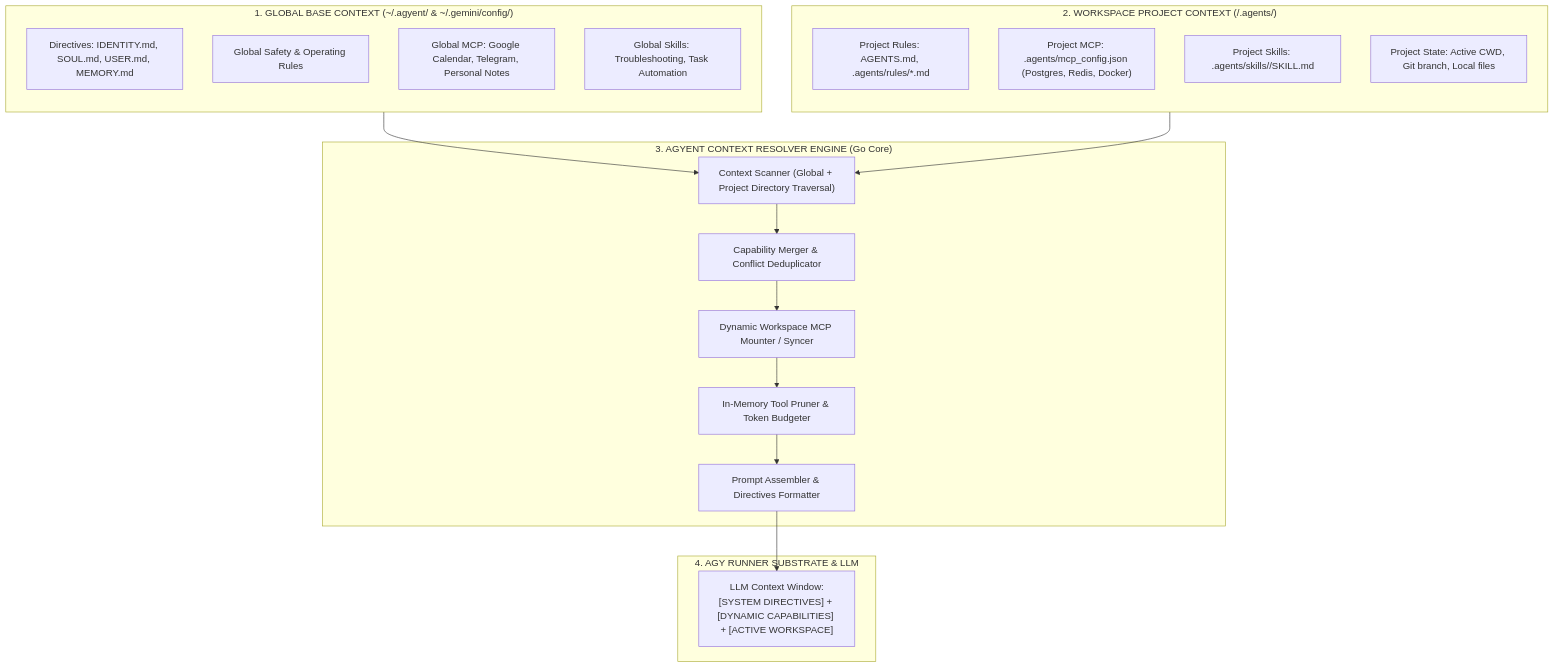
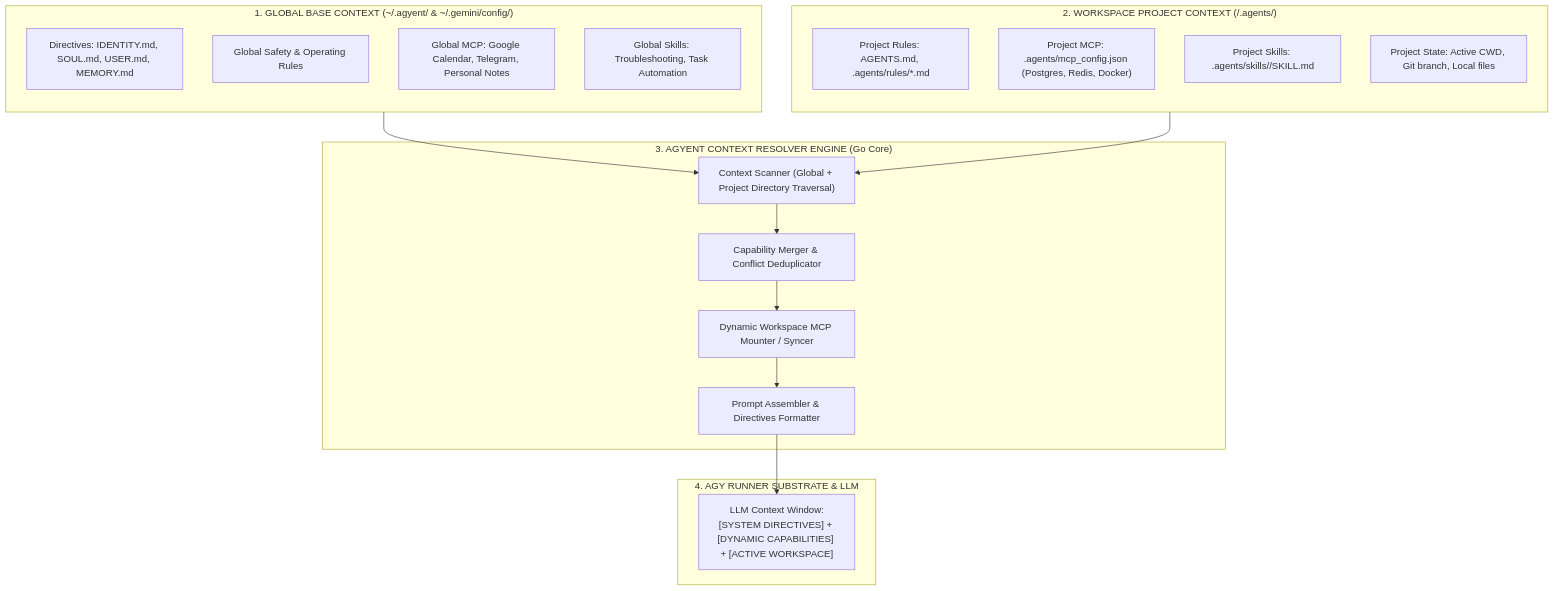
One commit to khanhbkqt/agyent changed the first of 3 diagrams in docs/context-management-architecture.md. Above: the diagram before and after it, drawn with Mermaid. The commit also changed other lines of this file and 8 other files, not shown here.

````diff
--- a/docs/context-management-architecture.md
+++ b/docs/context-management-architecture.md
@@ -28,34 +28,33 @@
 ```mermaid
 flowchart TB
     subgraph GlobalBase ["1. GLOBAL BASE CONTEXT (~/.agyent/ & ~/.gemini/config/)"]
         direction TB
         G_Directives["Directives: IDENTITY.md, SOUL.md, USER.md, MEMORY.md"]
         G_Rules["Global Safety & Operating Rules"]
         G_MCP["Global MCP: Google Calendar, Telegram, Personal Notes"]
         G_Skills["Global Skills: Troubleshooting, Task Automation"]
     end
 
     subgraph WorkspaceOverlay ["2. WORKSPACE PROJECT CONTEXT (<project>/.agents/)"]
         direction TB
         W_Rules["Project Rules: AGENTS.md, .agents/rules/*.md"]
         W_MCP["Project MCP: .agents/mcp_config.json (Postgres, Redis, Docker)"]
         W_Skills["Project Skills: .agents/skills/<name>/SKILL.md"]
         W_State["Project State: Active CWD, Git branch, Local files"]
     end
 
     subgraph ContextEngine ["3. AGYENT CONTEXT RESOLVER ENGINE (Go Core)"]
         Scanner["Context Scanner (Global + Project Directory Traversal)"]
         Merger["Capability Merger & Conflict Deduplicator"]
         MCPMounter["Dynamic Workspace MCP Mounter / Syncer"]
-        Pruner["In-Memory Tool Pruner & Token Budgeter"]
         PromptComp["Prompt Assembler & Directives Formatter"]
     end
 
     subgraph SubstrateRunner ["4. AGY RUNNER SUBSTRATE & LLM"]
         LLMContext["LLM Context Window:\n[SYSTEM DIRECTIVES] + [DYNAMIC CAPABILITIES] + [ACTIVE WORKSPACE]"]
     end
 
     GlobalBase --> Scanner
     WorkspaceOverlay --> Scanner
-    Scanner --> Merger --> MCPMounter --> Pruner --> PromptComp --> LLMContext
+    Scanner --> Merger --> MCPMounter --> PromptComp --> LLMContext
 ```
````
